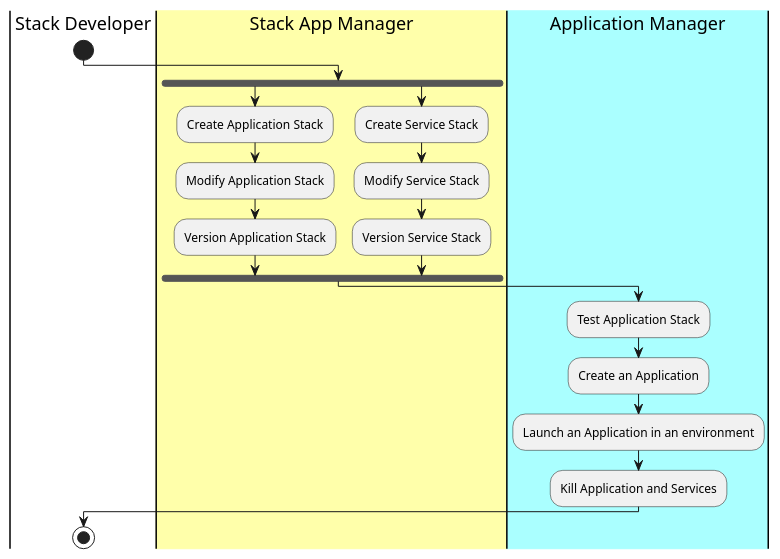
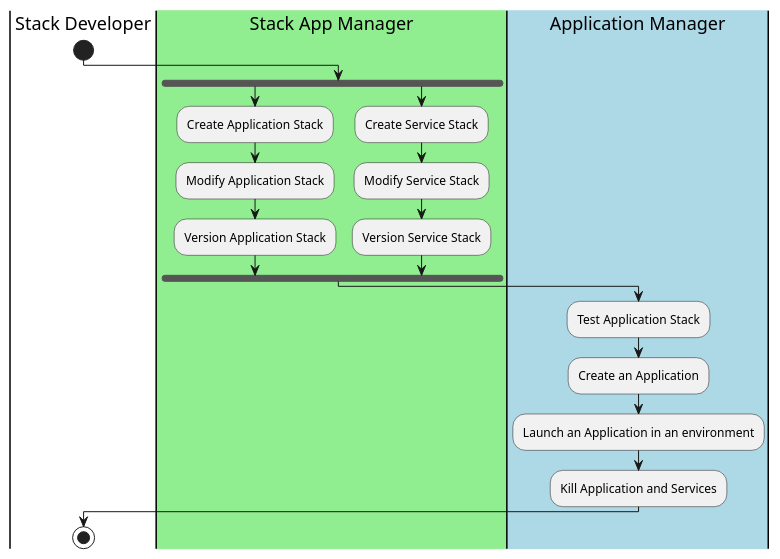
The diagram in docs/Actors/StackDeveloper/Workflow.puml (CAADE/C3), drawn with PlantUML before and after one commit. The commit also changed 252 other files, not shown here.

```diff
--- a/docs/Actors/StackDeveloper/Workflow.puml
+++ b/docs/Actors/StackDeveloper/Workflow.puml
@@ -1,21 +1,21 @@
 @startuml
 |Stack Developer|
 start
-|#ffffaa|Stack App Manager|
+|#lightgreen|Stack App Manager|
 fork
 :Create Application Stack;
 :Modify Application Stack;
 :Version Application Stack;
 fork again
 :Create Service Stack;
 :Modify Service Stack;
 :Version Service Stack;
 fork end
-|#aaffff|Application Manager|
+|#lightblue|Application Manager|
 :Test Application Stack;
 :Create an Application;
 :Launch an Application in an environment;
 :Kill Application and Services;
 |Stack Developer|
 stop
 @enduml
```
